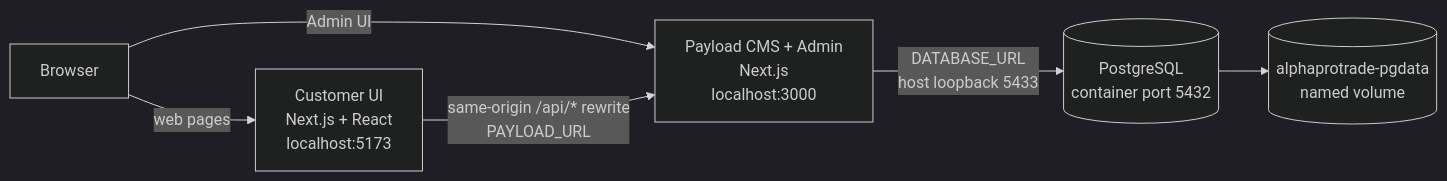
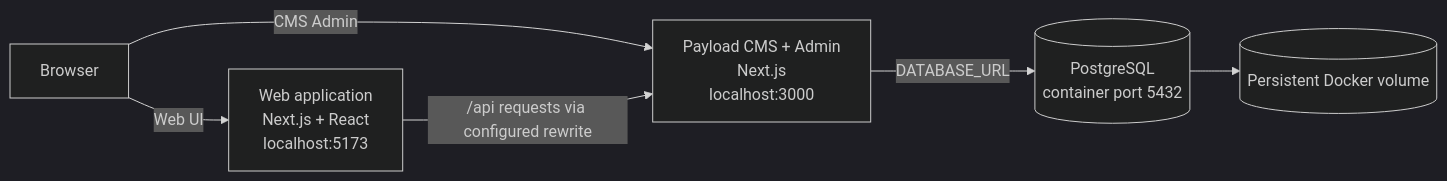
The diagram in README.md (erarvind22verma/AlphaProTrade), drawn with Mermaid (dark theme) before and after one commit. The commit also changed other lines of this file and 1 other file, not shown here.

````diff
--- a/README.md
+++ b/README.md
@@ -61,13 +40,14 @@
 ```mermaid
 flowchart LR
   Browser[Browser]
-  Web[Customer UI<br/>Next.js + React<br/>localhost:5173]
+  Web[Web application<br/>Next.js + React<br/>localhost:5173]
   CMS[Payload CMS + Admin<br/>Next.js<br/>localhost:3000]
   DB[(PostgreSQL<br/>container port 5432)]
-  Volume[(alphaprotrade-pgdata<br/>named volume)]
-  Browser -->|web pages| Web
-  Browser -->|Admin UI| CMS
-  Web -->|same-origin /api/* rewrite<br/>PAYLOAD_URL| CMS
-  CMS -->|DATABASE_URL<br/>host loopback 5433| DB
+  Volume[(Persistent Docker volume)]
+
+  Browser -->|Web UI| Web
+  Browser -->|CMS Admin| CMS
+  Web -->|/api requests via configured rewrite| CMS
+  CMS -->|DATABASE_URL| DB
   DB --> Volume
 ```
````
